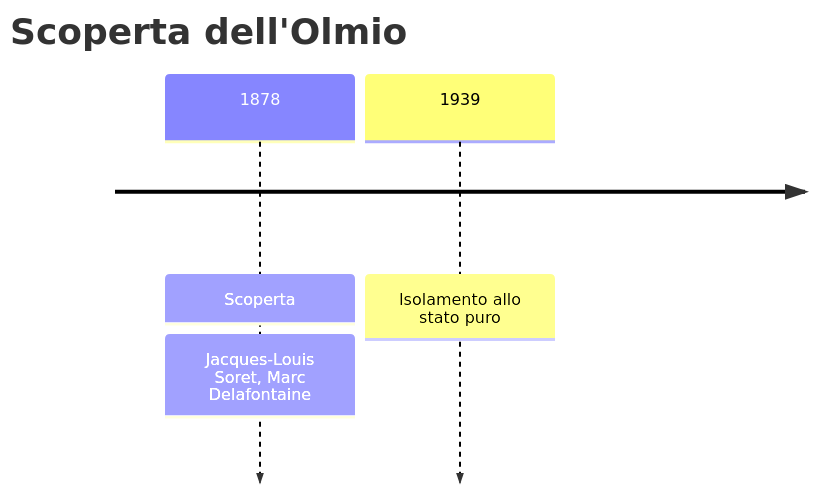
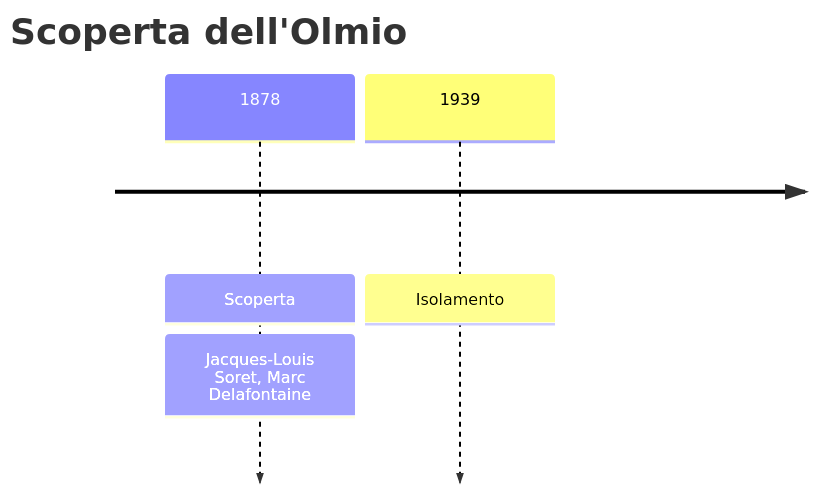
Before and after one commit to gianlucaciarcelluti/elements-caos: the first of 2 diagrams in vault/Elementi/Olmio.md, drawn with Mermaid. The commit also changed 56 other files, not shown here.

````diff
--- a/vault/Elementi/Olmio.md
+++ b/vault/Elementi/Olmio.md
@@ -28,6 +28,6 @@
 ```mermaid
 timeline
     title Scoperta dell'Olmio
     1878 : Scoperta : Jacques-Louis Soret, Marc Delafontaine
-    1939 : Isolamento allo stato puro
+    1939 : Isolamento
 ```
````
